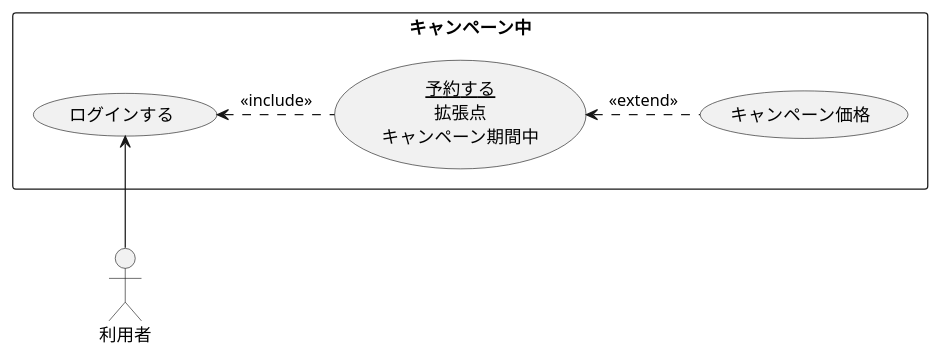
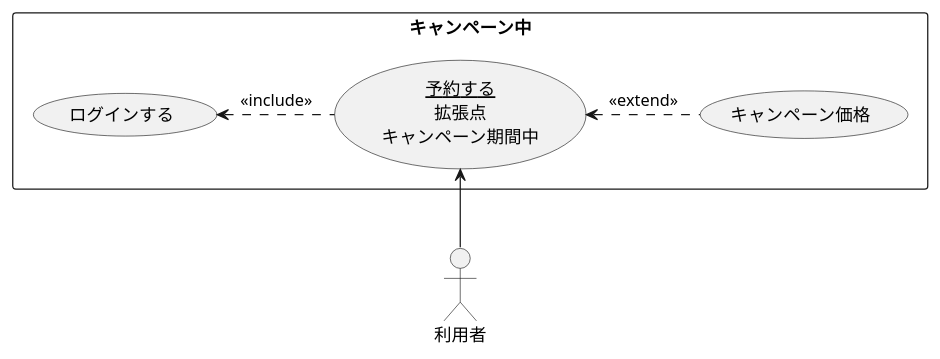
One commit to tomatocafe123/uml_introduction changed the diagram in 演習2-4_キャンペーン中のホテル宿泊予約.pu. Above: the diagram before and after it, drawn with PlantUML. The commit also changed 3 other files, not shown here.

```diff
--- a/演習2-4_キャンペーン中のホテル宿泊予約.pu
+++ b/演習2-4_キャンペーン中のホテル宿泊予約.pu
@@ -1,10 +1,10 @@
 @startuml ユースケース図
    rectangle キャンペーン中{
    usecase ログインする
    usecase キャンペーン価格
    usecase (<u>予約する</u>\n拡張点\nキャンペーン期間中) as input
    }
-   ログインする <-- 利用者
+   input <-- 利用者
    ログインする <. input : <<include>>
    input <. (キャンペーン価格) : <<extend>>
 @enduml
```
